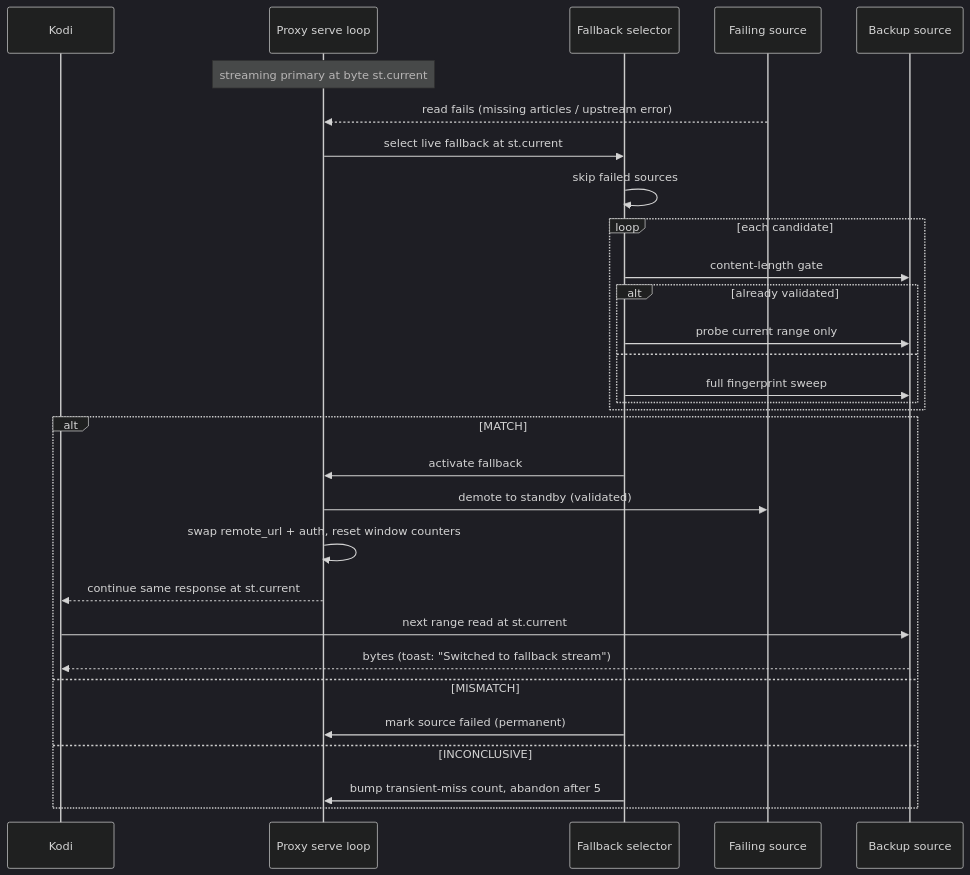
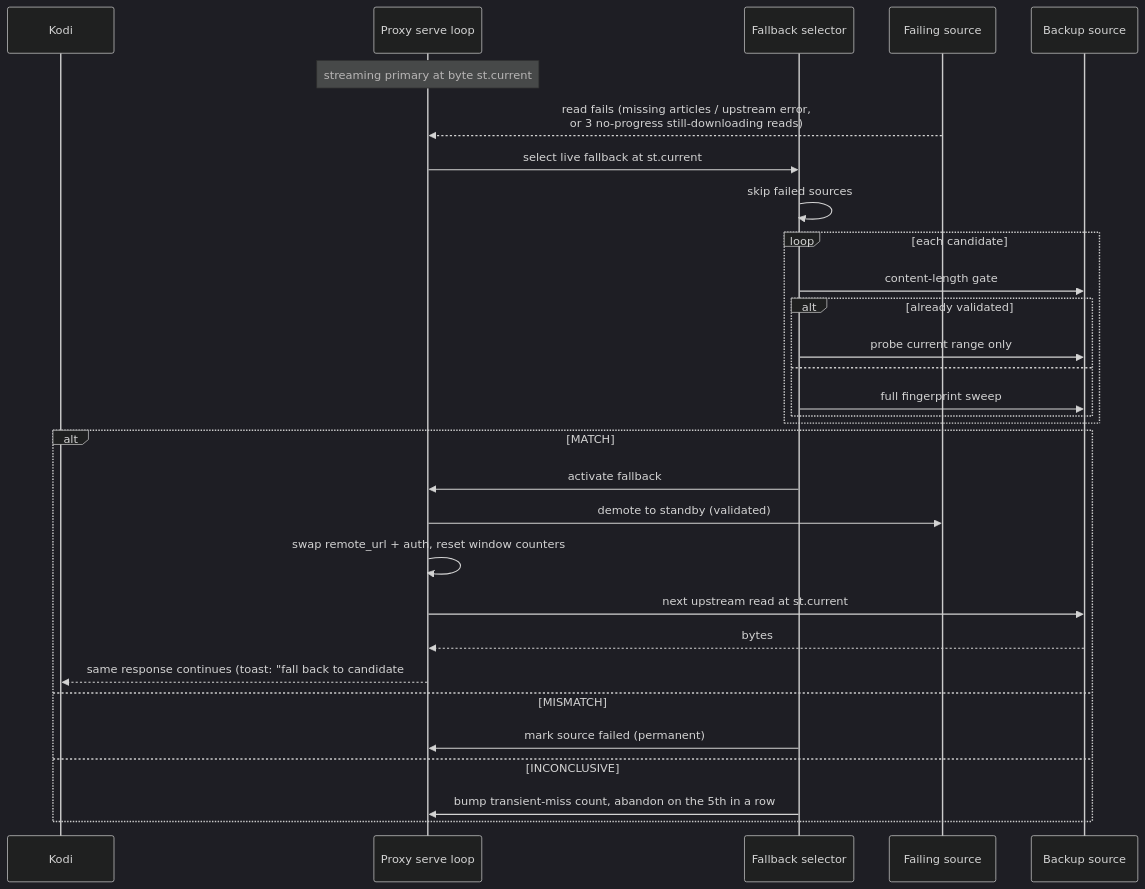
One commit to Appz4Fun/nzbdavkodi changed the second of 2 diagrams in docs-site/how-it-works/fallback-cutover.md. Above: the diagram before and after it, drawn with Mermaid (dark theme). The commit also changed other lines of this file and 38 other files, not shown here.

````diff
--- a/docs-site/how-it-works/fallback-cutover.md
+++ b/docs-site/how-it-works/fallback-cutover.md
@@ -80,33 +110,33 @@
 ```mermaid
 sequenceDiagram
     participant K as Kodi
     participant PX as Proxy serve loop
     participant SEL as Fallback selector
     participant OLD as Failing source
     participant NEW as Backup source
 
     Note over PX: streaming primary at byte st.current
-    OLD-->>PX: read fails (missing articles / upstream error)
+    OLD-->>PX: read fails (missing articles / upstream error,<br/>or 3 no-progress still-downloading reads)
     PX->>SEL: select live fallback at st.current
     SEL->>SEL: skip failed sources
     loop each candidate
         SEL->>NEW: content-length gate
         alt already validated
             SEL->>NEW: probe current range only
         else
             SEL->>NEW: full fingerprint sweep
         end
     end
     alt MATCH
         SEL->>PX: activate fallback
         PX->>OLD: demote to standby (validated)
         PX->>PX: swap remote_url + auth, reset window counters
-        PX-->>K: continue same response at st.current
-        K->>NEW: next range read at st.current
-        NEW-->>K: bytes (toast: "Switched to fallback stream")
+        PX->>NEW: next upstream read at st.current
+        NEW-->>PX: bytes
+        PX-->>K: same response continues (toast: "fall back to candidate #N successful")
     else MISMATCH
         SEL->>PX: mark source failed (permanent)
     else INCONCLUSIVE
-        SEL->>PX: bump transient-miss count, abandon after 5
+        SEL->>PX: bump transient-miss count, abandon on the 5th in a row
     end
 ```
````
